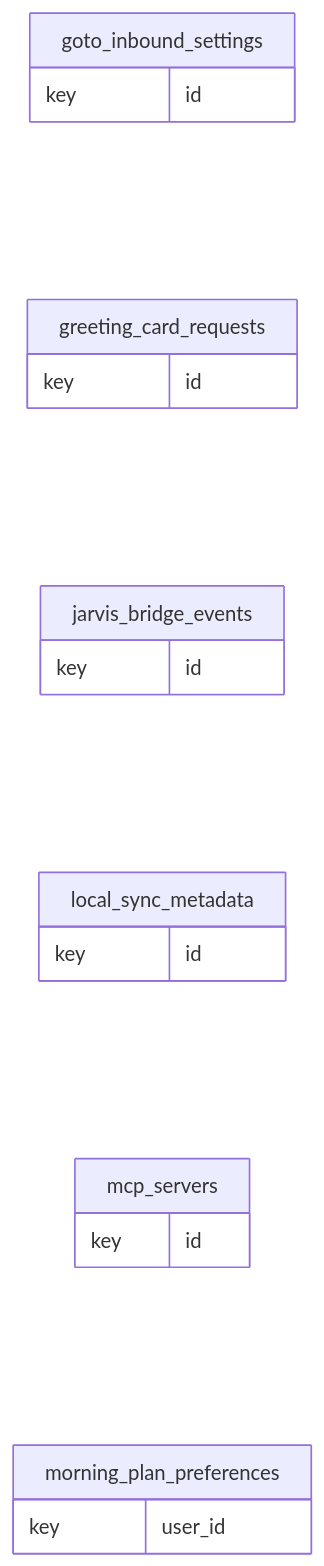
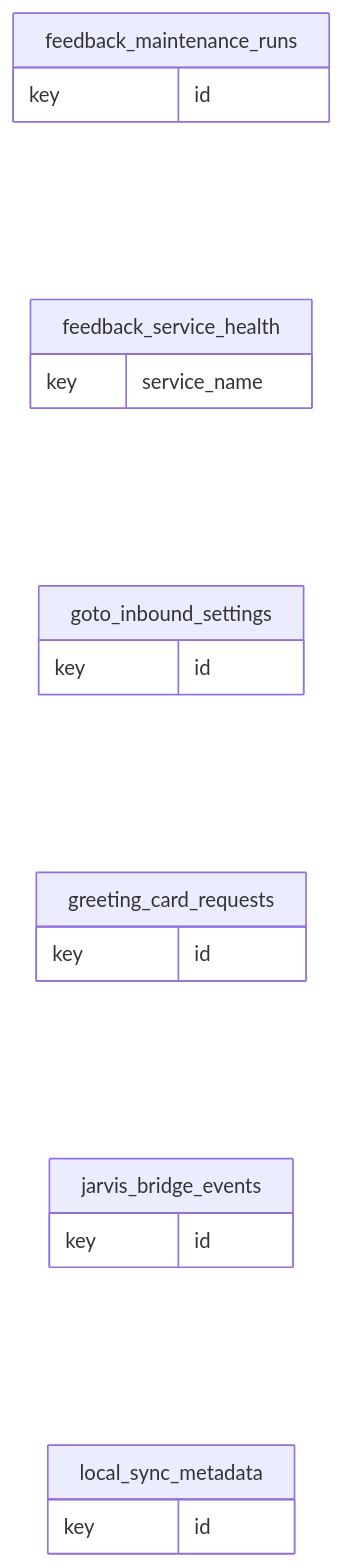
One commit to High-Performance-Structures/compass changed the diagram in docs/manual/diagrams/er-workspace-7.mmd. Above: the diagram before and after it, drawn with Mermaid. The commit also changed 27 other files, not shown here.

```diff
--- a/docs/manual/diagrams/er-workspace-7.mmd
+++ b/docs/manual/diagrams/er-workspace-7.mmd
@@ -1,20 +1,20 @@
 erDiagram
   direction LR
+  feedback_maintenance_runs {
+    key id
+  }
+  feedback_service_health {
+    key service_name
+  }
   goto_inbound_settings {
     key id
   }
   greeting_card_requests {
     key id
   }
   jarvis_bridge_events {
     key id
   }
   local_sync_metadata {
     key id
   }
-  mcp_servers {
-    key id
-  }
-  morning_plan_preferences {
-    key user_id
-  }
```
